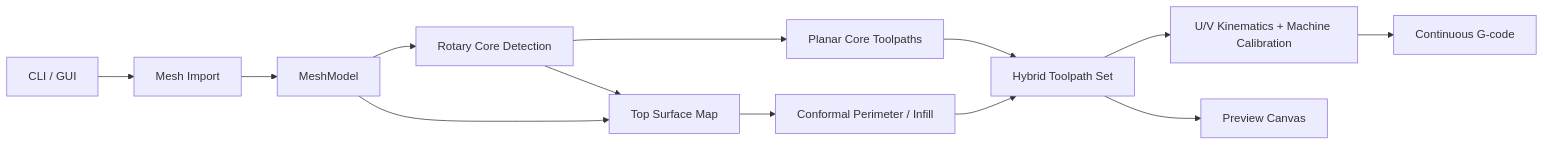
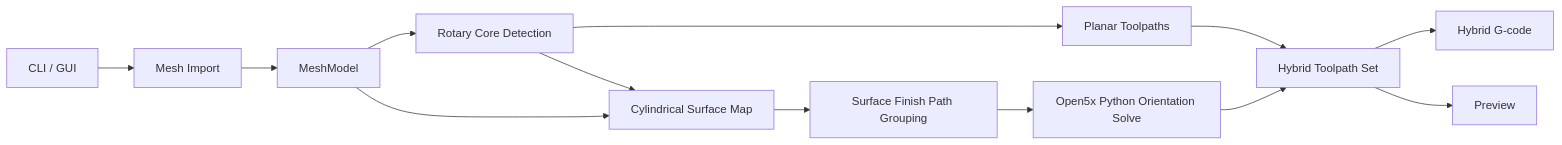
One commit to txf0101/5AxisSlicer changed the diagram in README.md. Above: the diagram before and after it, drawn with Mermaid. The commit also changed other lines of this file and 28 other files, not shown here.

````diff
--- a/README.md
+++ b/README.md
@@ -132,15 +347,15 @@
 ```mermaid
 flowchart LR
     A["CLI / GUI"] --> B["Mesh Import"]
     B --> C["MeshModel"]
     C --> D["Rotary Core Detection"]
-    D --> E["Planar Core Toolpaths"]
-    C --> F["Top Surface Map"]
+    D --> E["Planar Toolpaths"]
+    C --> F["Cylindrical Surface Map"]
     D --> F
-    F --> G["Conformal Perimeter / Infill"]
-    E --> H["Hybrid Toolpath Set"]
-    G --> H
-    H --> I["U/V Kinematics + Machine Calibration"]
-    I --> J["Continuous G-code"]
-    H --> K["Preview Canvas"]
+    F --> G["Surface Finish Path Grouping"]
+    G --> H["Open5x Python Orientation Solve"]
+    E --> I["Hybrid Toolpath Set"]
+    H --> I
+    I --> J["Hybrid G-code"]
+    I --> K["Preview"]
 ```
````
